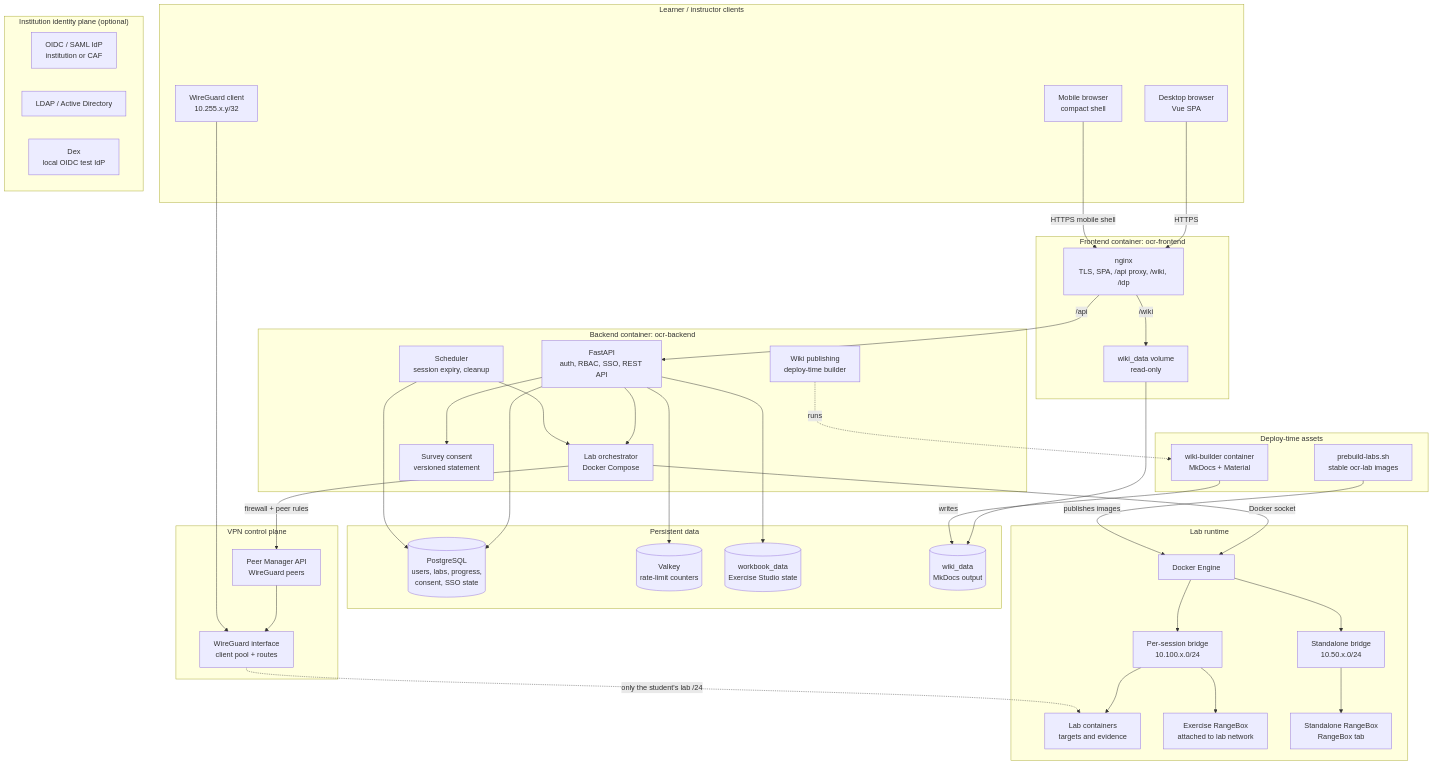
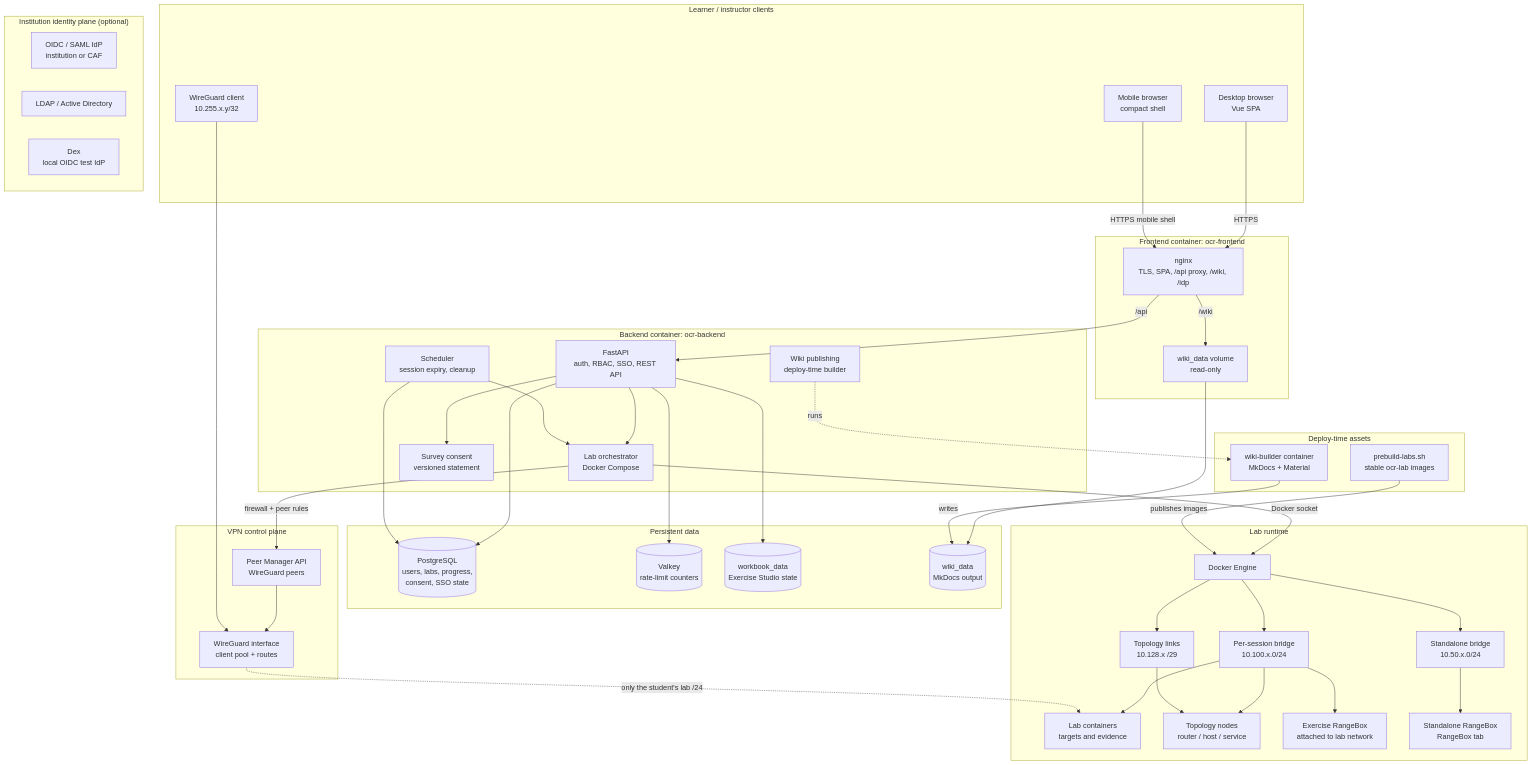
Before and after one commit to RobChaykoski/opencyberrange: the diagram in docs/ARCHITECTURE.md, drawn with Mermaid. The commit also changed other lines of this file and 16 other files, not shown here.

```diff
--- a/docs/ARCHITECTURE.md
+++ b/docs/ARCHITECTURE.md
@@ -44,6 +44,8 @@
         DOCKER["Docker Engine"]
         NET["Per-session bridge<br/>10.100.x.0/24"]
         LABS["Lab containers<br/>targets and evidence"]
+        TOPO["Topology links<br/>10.128.x /29"]
+        TNODE["Topology nodes<br/>router / host / service"]
         LBOX["Exercise RangeBox<br/>attached to lab network"]
         RBNET["Standalone bridge<br/>10.50.x.0/24"]
         RB["Standalone RangeBox<br/>RangeBox tab"]
@@ -78,6 +80,9 @@
     DOCKER --> RBNET
     NET --> LABS
     NET --> LBOX
+    NET --> TNODE
+    DOCKER --> TOPO
+    TOPO --> TNODE
     RBNET --> RB
     ORCH -->|firewall + peer rules| PM
     PM --> WG
```
